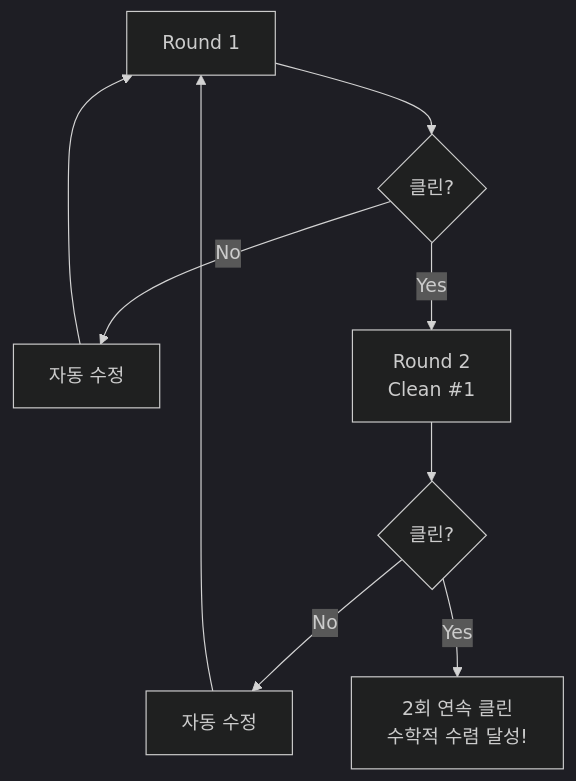
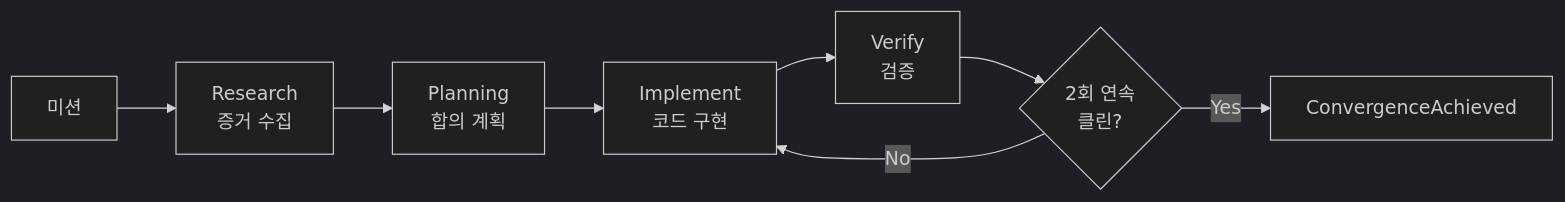
One commit to junyeong-ai/claude-pilot changed the third of 3 diagrams in README.md. Above: the diagram before and after it, drawn with Mermaid (dark theme). The commit also changed other lines of this file and 1 other file, not shown here.

````diff
--- a/README.md
+++ b/README.md
@@ -368,9 +132,10 @@
 ```mermaid
-flowchart TD
-    R1[Round 1] --> C1{클린?}
-    C1 -->|No| Fix1[자동 수정] --> R1
-    C1 -->|Yes| R2[Round 2<br/>Clean #1]
-    R2 --> C2{클린?}
-    C2 -->|No| Fix2[자동 수정] --> R1
-    C2 -->|Yes| Done[2회 연속 클린<br/>수학적 수렴 달성!]
+flowchart LR
+    M[미션] --> R[Research<br/>증거 수집]
+    R --> P[Planning<br/>합의 계획]
+    P --> I[Implement<br/>코드 구현]
+    I --> V[Verify<br/>검증]
+    V --> C{2회 연속<br/>클린?}
+    C -->|No| I
+    C -->|Yes| D[ConvergenceAchieved]
 ```
````
